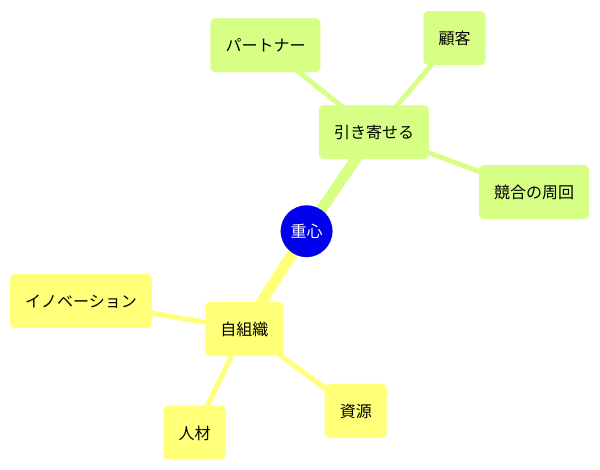
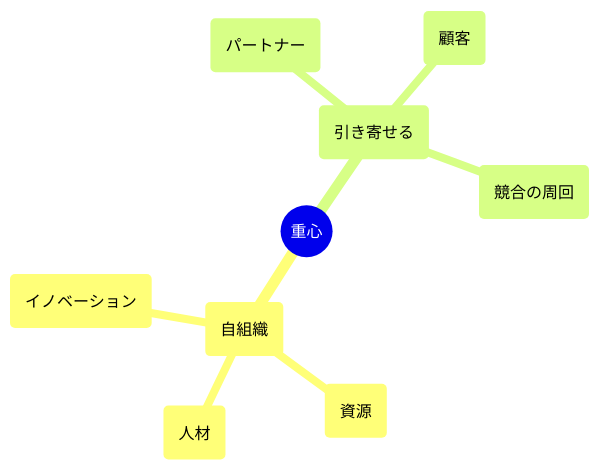
Before and after one commit to wardley-leadership-strategies-ja/wardley-leadership-strategies-ja.github.io: the diagram in docs/strategies/attacking/centre-of-gravity/index.md, drawn with Mermaid. The commit also changed other lines of this file and 142 other files, not shown here.

````diff
--- a/docs/strategies/attacking/centre-of-gravity/index.md
+++ b/docs/strategies/attacking/centre-of-gravity/index.md
@@ -67,12 +67,12 @@
 ```mermaid
 mindmap
-  root((重心))
-    (自組織)
-      (人材)
-      (資源)
-      (イノベーション)
-    (引き寄せる)
-      (パートナー)
-      (顧客)
-      (競合の周回)
+ root((重心))
+  (自組織)
+   (人材)
+   (資源)
+   (イノベーション)
+  (引き寄せる)
+   (パートナー)
+   (顧客)
+   (競合の周回)
 ```
````
